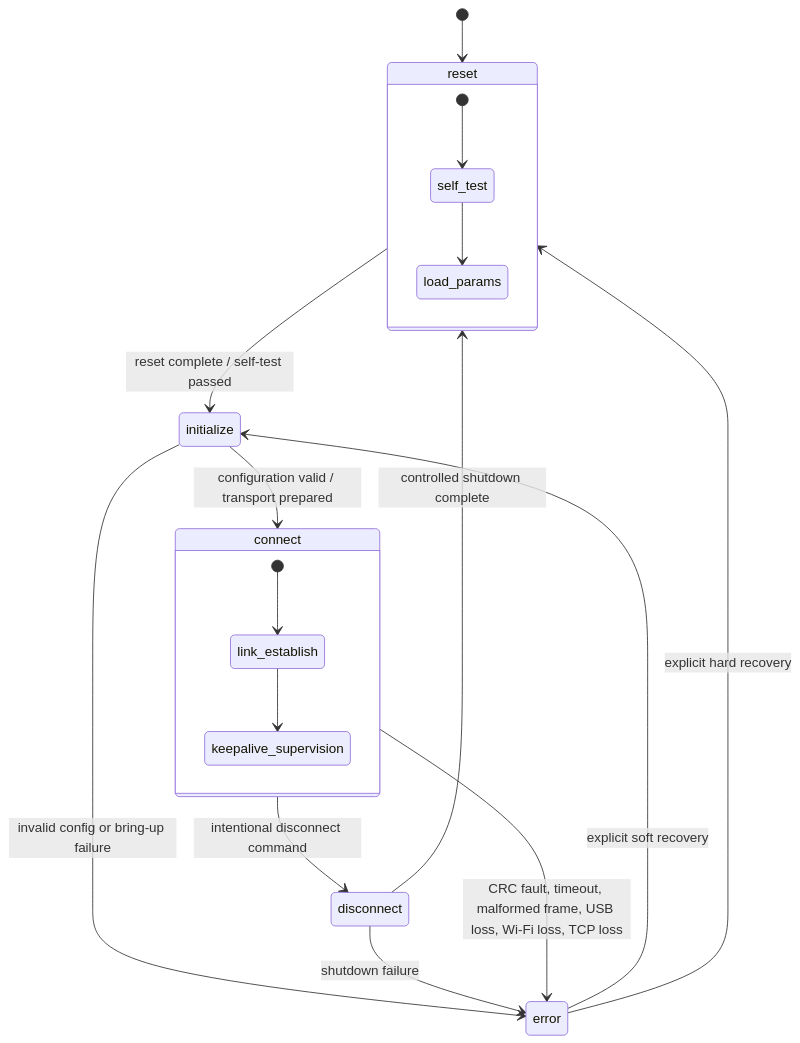
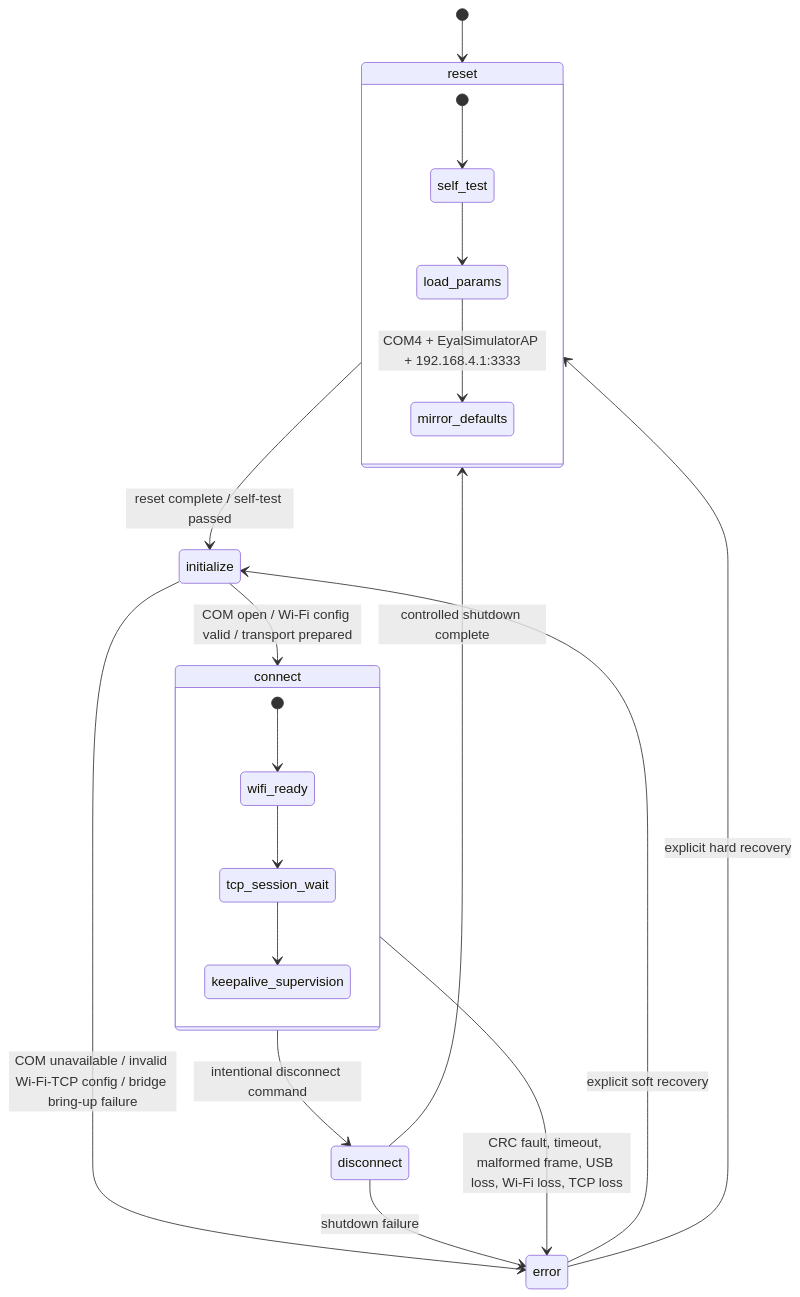
One commit to eyalglotman-collab/Gaggia_ESP-C3-Mini_Server_and_simulator_and_communication_Interface changed the diagram in docs/architecture/transport_state_machine.mmd. Above: the diagram before and after it, drawn with Mermaid. The commit also changed 20 other files, not shown here.

Commit message:
Mirror client Wi-Fi transport model in simulator

```diff
--- a/docs/architecture/transport_state_machine.mmd
+++ b/docs/architecture/transport_state_machine.mmd
@@ -1,21 +1,23 @@
 stateDiagram-v2
     [*] --> reset
     reset --> initialize: reset complete / self-test passed
-    initialize --> connect: configuration valid / transport prepared
-    initialize --> error: invalid config or bring-up failure
+    initialize --> connect: COM open / Wi-Fi config valid / transport prepared
+    initialize --> error: COM unavailable / invalid Wi-Fi-TCP config / bridge bring-up failure
     connect --> disconnect: intentional disconnect command
     connect --> error: CRC fault, timeout, malformed frame, USB loss, Wi-Fi loss, TCP loss
     disconnect --> reset: controlled shutdown complete
     disconnect --> error: shutdown failure
     error --> reset: explicit hard recovery
     error --> initialize: explicit soft recovery
 
     state reset {
         [*] --> self_test
         self_test --> load_params
+        load_params --> mirror_defaults: COM4 + EyalSimulatorAP + 192.168.4.1:3333
     }
 
     state connect {
-        [*] --> link_establish
-        link_establish --> keepalive_supervision
+        [*] --> wifi_ready
+        wifi_ready --> tcp_session_wait
+        tcp_session_wait --> keepalive_supervision
     }
```
